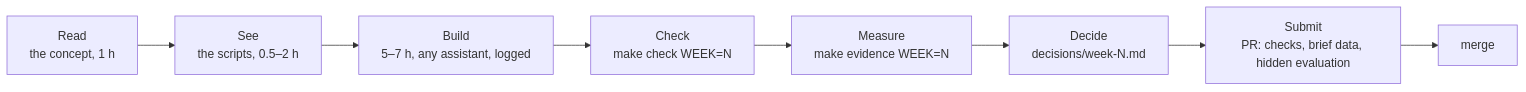
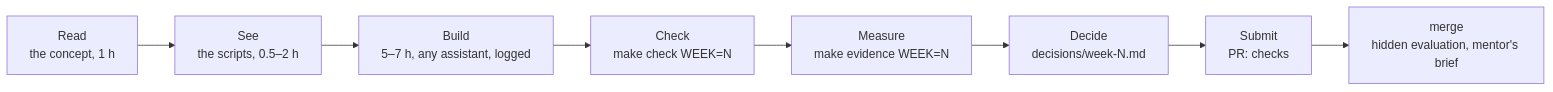
One commit to anilmodest/ai-eng-track-pro changed the diagram in docs/track.md. Above: the diagram before and after it, drawn with Mermaid. The commit also changed other lines of this file and 10 other files, not shown here.

````diff
--- a/docs/track.md
+++ b/docs/track.md
@@ -36,10 +36,10 @@
 ```mermaid
 flowchart LR
   A["Read<br/>the concept, 1 h"] --> B["See<br/>the scripts, 0.5–2 h"]
   B --> C["Build<br/>5–7 h, any assistant, logged"]
   C --> D["Check<br/>make check WEEK=N"]
   D --> M["Measure<br/>make evidence WEEK=N"]
   M --> E["Decide<br/>decisions/week-N.md"]
-  E --> F["Submit<br/>PR: checks, brief data, hidden evaluation"]
-  F --> G["merge"]
+  E --> F["Submit<br/>PR: checks"]
+  F --> G["merge<br/>hidden evaluation, mentor's brief"]
 ```
````
